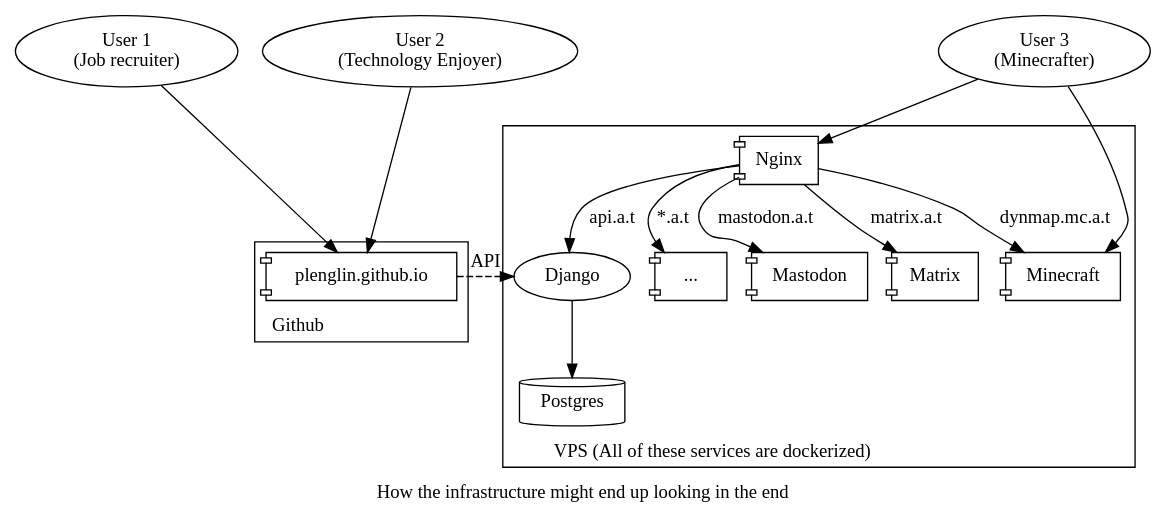
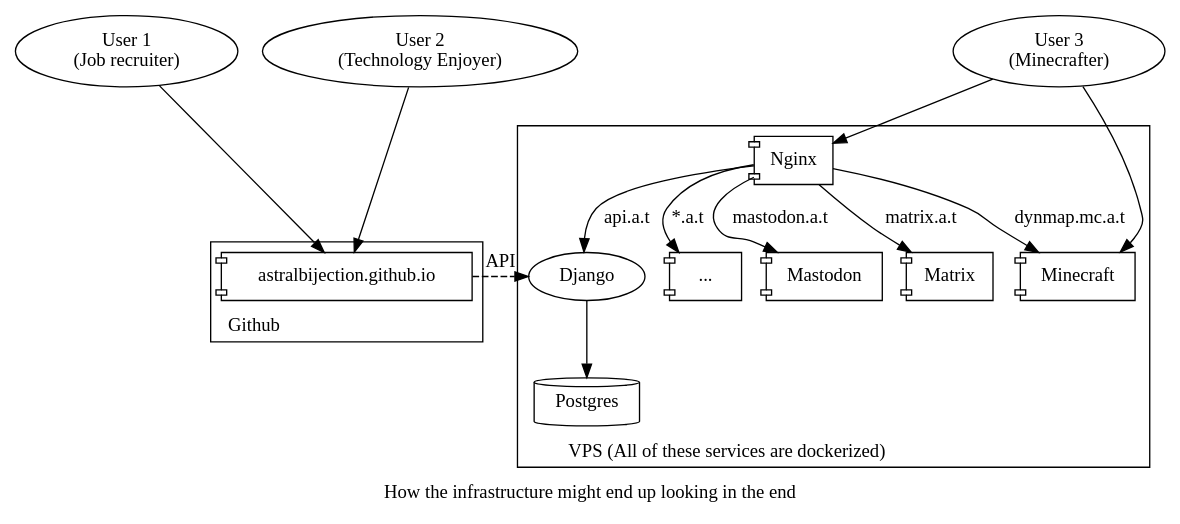
One commit to ifd3f/astrid.tech-old changed the diagram in blog/2020/12/20/backend.md. Above: the diagram before and after it, drawn with Graphviz. The commit also changed 26 other files, not shown here.

````diff
--- a/blog/2020/12/20/backend.md
+++ b/blog/2020/12/20/backend.md
@@ -51,63 +51,63 @@
 ```dot
 digraph "The server infrastructure end up looking something like this." {
     label = "How the infrastructure might end up looking in the end"
     labelloc = b
     rankdir = TB
     newrank = true
 
     subgraph cluster_github {
         label = "Github"
         labeljust = l
         rank = 2
-        ghpages[label = "plenglin.github.io" shape=component]
+        ghpages[label = "astralbijection.github.io" shape=component]
     }
 
     {
         rank = same
         django
         ghpages
     }
 
     subgraph cluster_backend {
         node [shape=component]
         edge [lblstyle="sloped" splines=false labeldistance=0]
         label = "VPS (All of these services are dockerized)"
         labeljust = l
 
         nginx [label="Nginx"]
         etc [label="..."]
         django [label="Django"]
         db [label="Postgres" shape=cylinder]
         mastodon [label="Mastodon"]
         matrix [label="Matrix"]
         minecraft [label="Minecraft"]
 
         nginx -> mastodon [label="mastodon.a.t"]
         nginx -> minecraft [label="dynmap.mc.a.t"]
         nginx -> matrix [label="matrix.a.t"]
         nginx -> django [label="api.a.t"]
         nginx -> etc [label="*.a.t"]
     }
 
     django -> db
 
     ghpages -> django [style=dashed label="API"]
 
     user1 [label="User 1\n(Job recruiter)"]
     user2 [label="User 2\n(Technology Enjoyer)"]
 
     user1 -> ghpages
     user2 -> ghpages
 
     user3 [label="User 3\n(Minecrafter)"]
     user3 -> minecraft
     user3 -> nginx
 
     {
         rank = min
         user1
         user2
         user3
     }
 }
 ```
````
